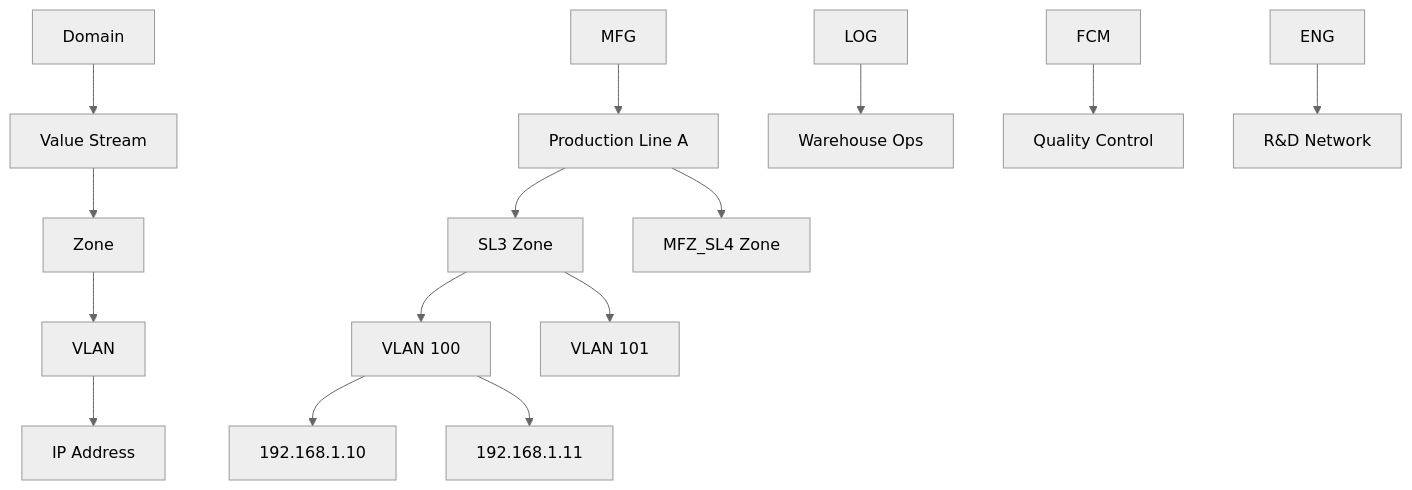
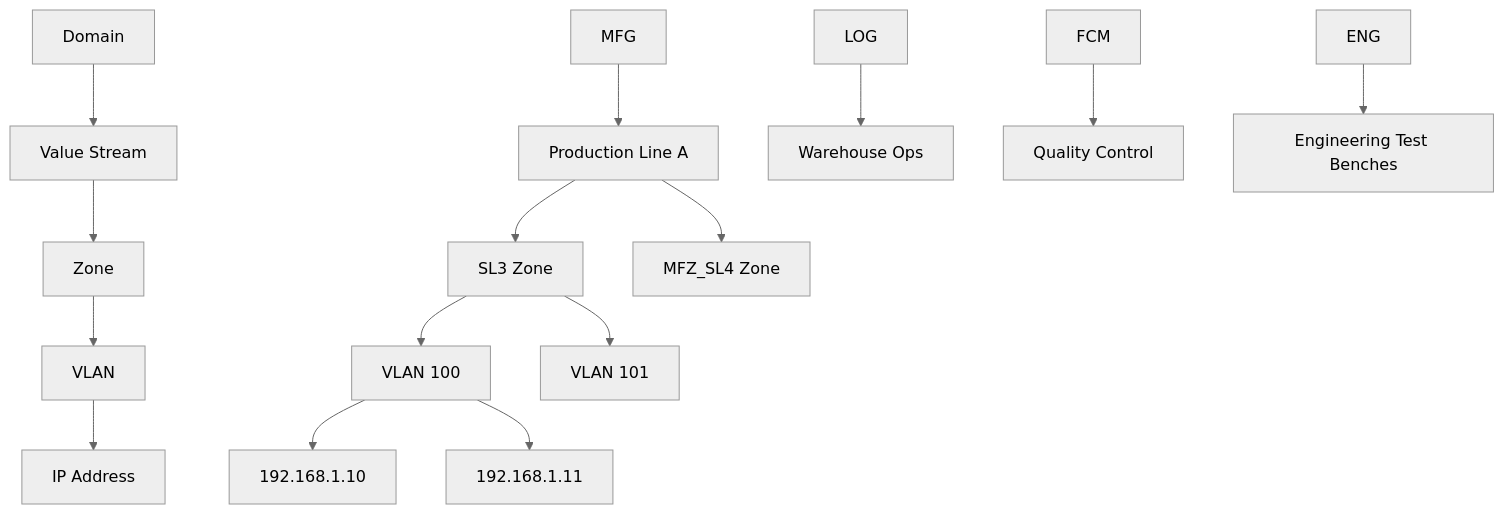
Before and after one commit to sevketbinali/IP-Management: the second of 2 diagrams in README.md, drawn with Mermaid (neutral theme).

````diff
--- a/README.md
+++ b/README.md
@@ -56,21 +56,21 @@
 ```mermaid
 graph TD
     D[Domain] --> VS[Value Stream]
     VS --> Z[Zone]
     Z --> V[VLAN]
     V --> IP[IP Address]
     
     D1[MFG] --> VS1[Production Line A]
     D2[LOG] --> VS2[Warehouse Ops]
     D3[FCM] --> VS3[Quality Control]
-    D4[ENG] --> VS4[R&D Network]
+    D4[ENG] --> VS4[Engineering Test Benches]
     
     VS1 --> Z1[SL3 Zone]
     VS1 --> Z2[MFZ_SL4 Zone]
     
     Z1 --> V1[VLAN 100]
     Z1 --> V2[VLAN 101]
     
     V1 --> IP1[192.168.1.10]
     V1 --> IP2[192.168.1.11]
 ```
````
